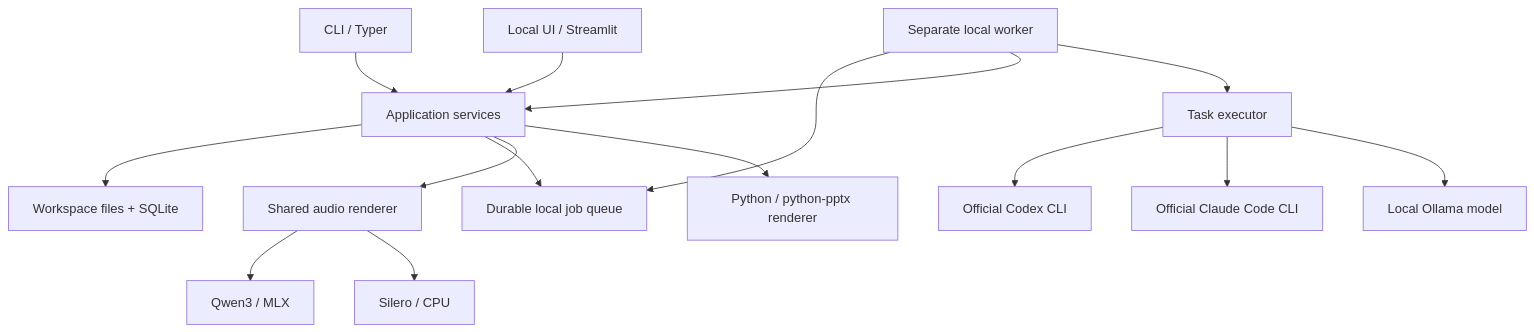
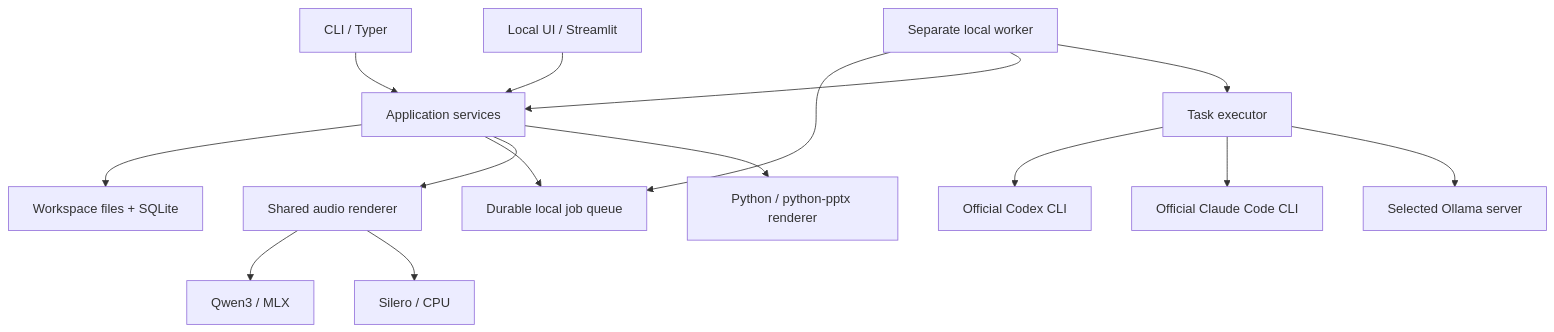
The diagram in docs/architecture.md (emetsds/brofessor), drawn with Mermaid before and after one commit. The commit also changed other lines of this file and 21 other files, not shown here.

````diff
--- a/docs/architecture.md
+++ b/docs/architecture.md
@@ -7,17 +7,17 @@
 ```mermaid
 flowchart TD
     CLI[CLI / Typer] --> APP[Application services]
     UI[Local UI / Streamlit] --> APP
     APP --> STORE[Workspace files + SQLite]
     APP --> JOBS[Durable local job queue]
     WORKER[Separate local worker] --> JOBS
     WORKER --> APP
     WORKER --> EXEC[Task executor]
     EXEC --> CODEX[Official Codex CLI]
     EXEC --> CLAUDE[Official Claude Code CLI]
-    EXEC --> OLLAMA[Local Ollama model]
+    EXEC --> OLLAMA[Selected Ollama server]
     APP --> TTS[Shared audio renderer]
     TTS --> QWEN[Qwen3 / MLX]
     TTS --> SILERO[Silero / CPU]
     APP --> SLIDES[Python / python-pptx renderer]
 ```
````
